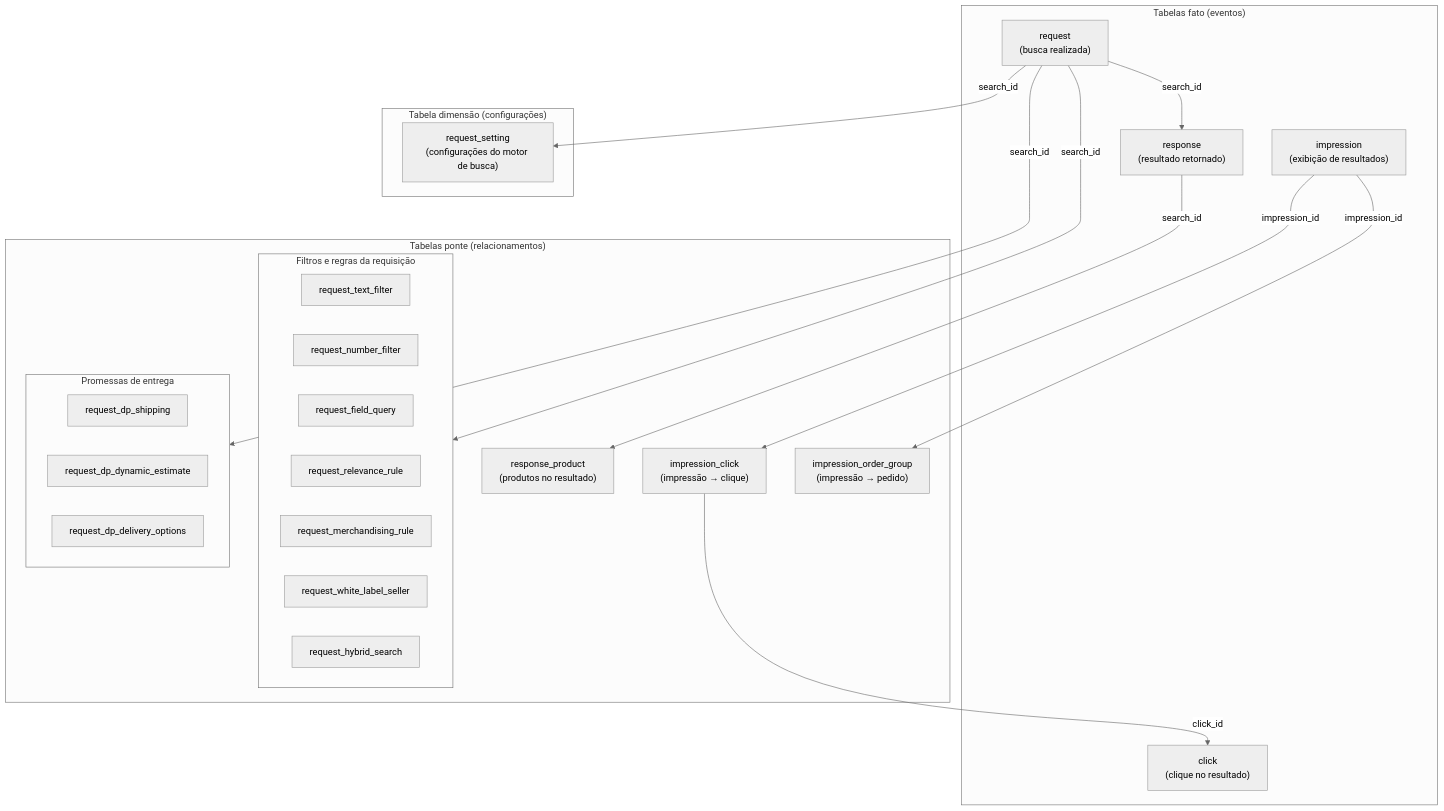
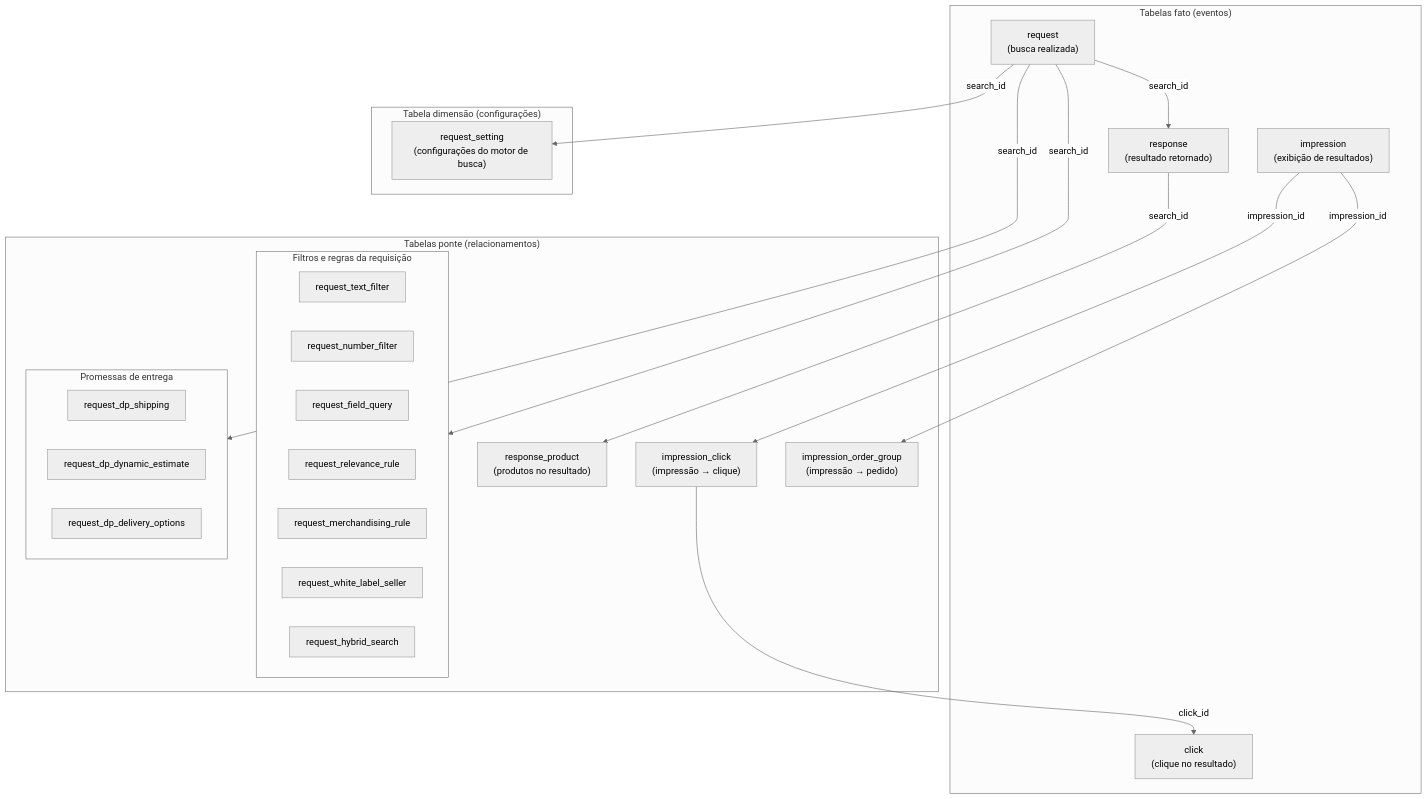
One commit to vtexdocs/help-center-content changed the first of 4 diagrams in docs/pt/tutorials/beta/vtex-data-pipeline-beta/busca-e-recomendacoes-data-pipeline.md. Above: the diagram before and after it, drawn with Mermaid (neutral theme). The commit also changed other lines of this file and 5 other files, not shown here.

````diff
--- a/docs/pt/tutorials/beta/vtex-data-pipeline-beta/busca-e-recomendacoes-data-pipeline.md
+++ b/docs/pt/tutorials/beta/vtex-data-pipeline-beta/busca-e-recomendacoes-data-pipeline.md
@@ -57,44 +57,45 @@
 ```mermaid
+%%{init: {'flowchart': {'htmlLabels': true, 'useMaxWidth': false, 'wrappingWidth': 220, 'padding': 14}}}%%
 flowchart TB
     subgraph FATO["Tabelas fato (eventos)"]
-        tbl_request["request\n(busca realizada)"]
-        tbl_response["response\n(resultado retornado)"]
-        tbl_click["click\n(clique no resultado)"]
-        tbl_impression["impression\n(exibição de resultados)"]
+        tbl_request["request<br/>(busca realizada)"]
+        tbl_response["response<br/>(resultado retornado)"]
+        tbl_click["click<br/>(clique no resultado)"]
+        tbl_impression["impression<br/>(exibição de resultados)"]
     end
 
     subgraph PONTE["Tabelas ponte (relacionamentos)"]
-        tbl_response_product["response_product\n(produtos no resultado)"]
-        tbl_impression_click["impression_click\n(impressão → clique)"]
-        tbl_impression_order_group["impression_order_group\n(impressão → pedido)"]
+        tbl_response_product["response_product<br/>(produtos no resultado)"]
+        tbl_impression_click["impression_click<br/>(impressão → clique)"]
+        tbl_impression_order_group["impression_order_group<br/>(impressão → pedido)"]
 
         subgraph FILTROS["Filtros e regras da requisição"]
             tbl_text_filter["request_text_filter"]
             tbl_number_filter["request_number_filter"]
             tbl_field_query["request_field_query"]
             tbl_relevance_rule["request_relevance_rule"]
             tbl_merchandising_rule["request_merchandising_rule"]
             tbl_white_label_seller["request_white_label_seller"]
             tbl_hybrid_search["request_hybrid_search"]
         end
 
         subgraph DP["Promessas de entrega"]
             tbl_dp_shipping["request_dp_shipping"]
             tbl_dp_dynamic_estimate["request_dp_dynamic_estimate"]
             tbl_dp_delivery_options["request_dp_delivery_options"]
         end
     end
 
     subgraph DIMENSAO["Tabela dimensão (configurações)"]
-        tbl_request_setting["request_setting\n(configurações do motor de busca)"]
+        tbl_request_setting["request_setting<br/>(configurações do motor de busca)"]
     end
 
     tbl_request -->|search_id| tbl_response
     tbl_response -->|search_id| tbl_response_product
     tbl_impression -->|impression_id| tbl_impression_click
     tbl_impression_click -->|click_id| tbl_click
     tbl_impression -->|impression_id| tbl_impression_order_group
     tbl_request -->|search_id| tbl_request_setting
     tbl_request -->|search_id| FILTROS
     tbl_request -->|search_id| DP
 ```
````
